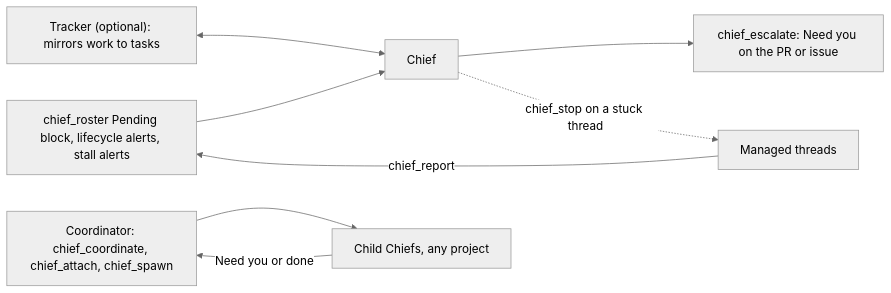
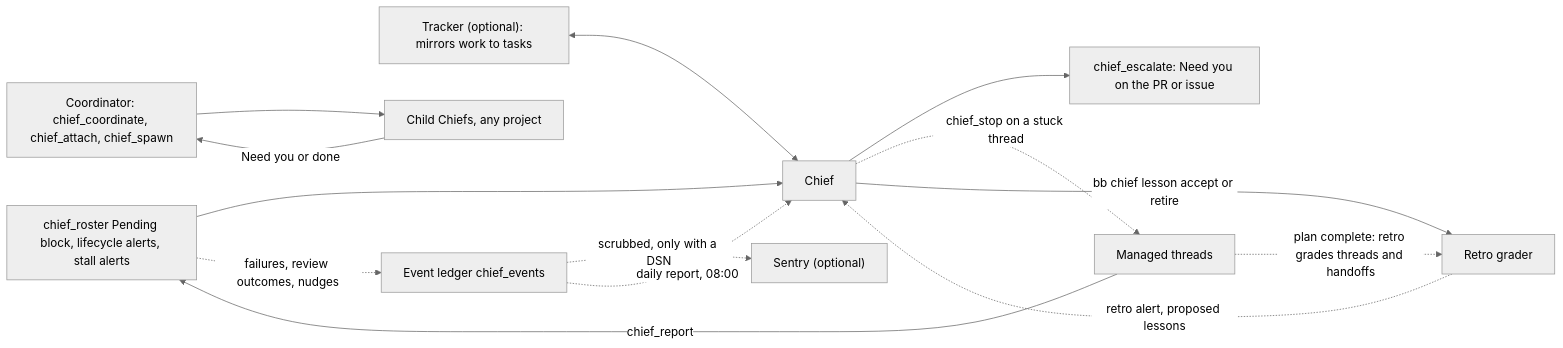
The second of 2 diagrams in docs/software-factory.md (hohaivu/bb-plugin-chief), drawn with Mermaid (neutral theme) before and after one commit. The commit also changed other lines of this file and 53 other files, not shown here.

First line of the commit message:
Self-improvement loop: event ledger + Sentry sink (wave 1) (#218)

````diff
--- a/docs/software-factory.md
+++ b/docs/software-factory.md
@@ -118,10 +118,16 @@
 ```mermaid
 flowchart LR
   Roster["chief_roster Pending block, lifecycle alerts, stall alerts"] --> Chief
   Tracker["Tracker (optional): mirrors work to tasks"] <--> Chief
   Chief --> Escalate["chief_escalate: Need you on the PR or issue"]
   Coordinator["Coordinator: chief_coordinate, chief_attach, chief_spawn"] --> Child["Child Chiefs, any project"]
   Child -- "Need you or done" --> Coordinator
   Chief -. "chief_stop on a stuck thread" .-> Threads["Managed threads"]
   Threads -- "chief_report" --> Roster
+  Roster -. "failures, review outcomes, nudges" .-> Ledger["Event ledger chief_events"]
+  Ledger -. "scrubbed, only with a DSN" .-> Sentry["Sentry (optional)"]
+  Ledger -. "daily report, 08:00" .-> Chief
+  Threads -. "plan complete: retro grades threads and handoffs" .-> Retro["Retro grader"]
+  Retro -. "retro alert, proposed lessons" .-> Chief
+  Chief -- "bb chief lesson accept or retire" --> Retro
 ```
````
